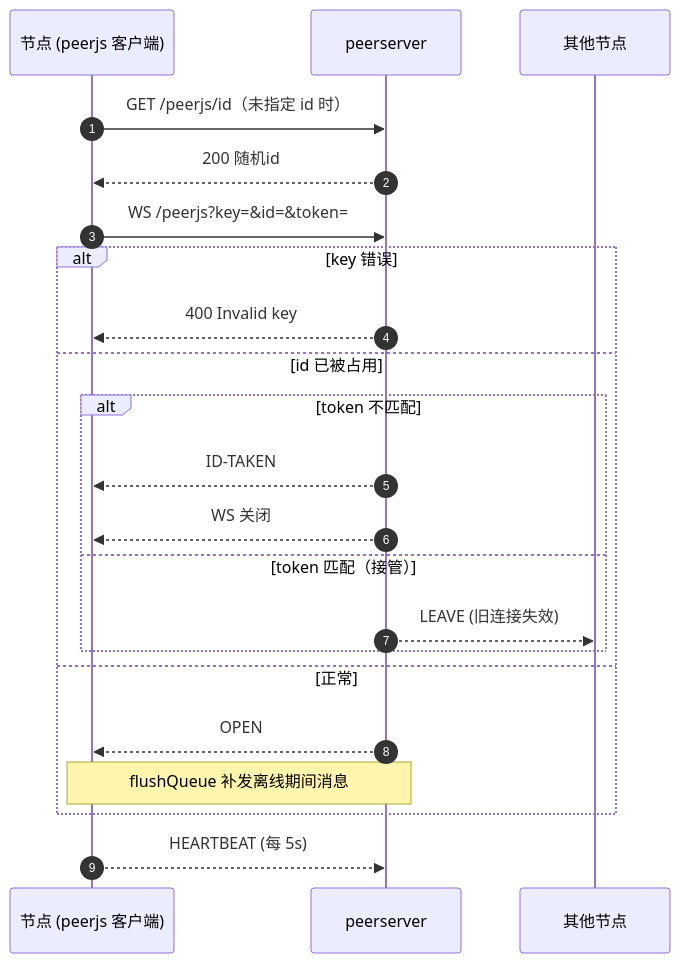
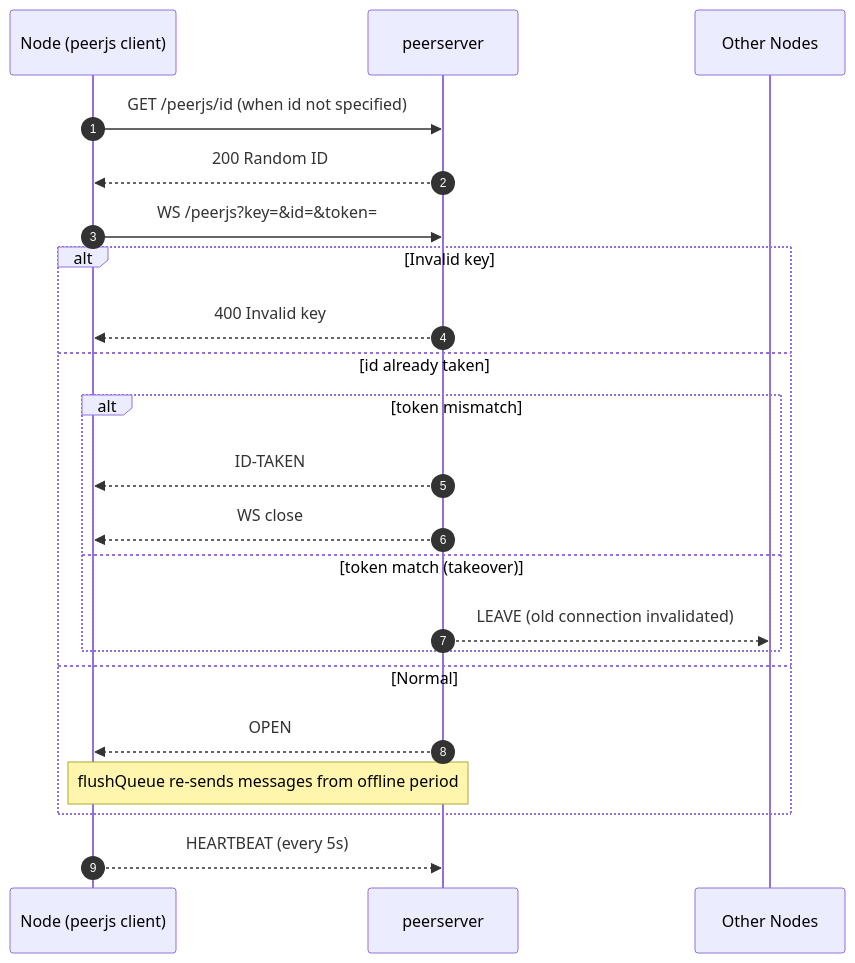
One commit to Hana-ame/peerdrive changed the first of 6 diagrams in doc/PEERSIGNAL.md. Above: the diagram before and after it, drawn with Mermaid. The commit also changed other lines of this file and 357 other files, not shown here.

````diff
--- a/doc/PEERSIGNAL.md
+++ b/doc/PEERSIGNAL.md
@@ -107,25 +107,25 @@
 ```mermaid
 sequenceDiagram
     autonumber
-    participant N as 节点 (peerjs 客户端)
+    participant N as Node (peerjs client)
     participant S as peerserver
-    participant B as 其他节点
+    participant B as Other Nodes
 
-    N->>S: GET /peerjs/id（未指定 id 时）
-    S-->>N: 200 随机id
+    N->>S: GET /peerjs/id (when id not specified)
+    S-->>N: 200 Random ID
     N->>S: WS /peerjs?key=&id=&token=
-    alt key 错误
+    alt Invalid key
         S-->>N: 400 Invalid key
-    else id 已被占用
-        alt token 不匹配
+    else id already taken
+        alt token mismatch
             S-->>N: ID-TAKEN
-            S-->>N: WS 关闭
-        else token 匹配（接管）
-            S-->>B: LEAVE (旧连接失效)
+            S-->>N: WS close
+        else token match (takeover)
+            S-->>B: LEAVE (old connection invalidated)
         end
-    else 正常
+    else Normal
         S-->>N: OPEN
-        Note over S,N: flushQueue 补发离线期间消息
+        Note over S,N: flushQueue re-sends messages from offline period
     end
-    N-->>S: HEARTBEAT (每 5s)
+    N-->>S: HEARTBEAT (every 5s)
 ```
````
